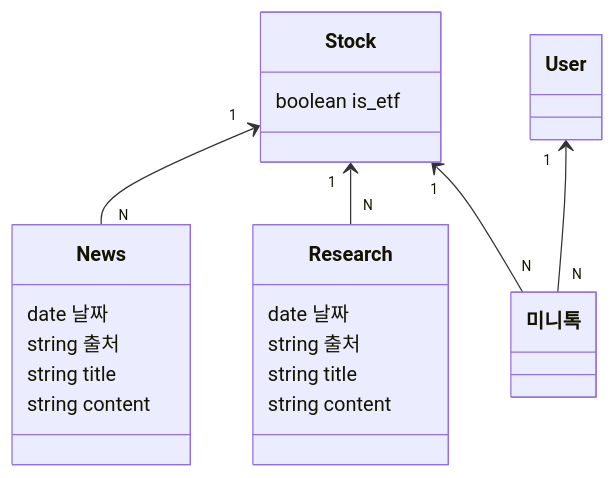
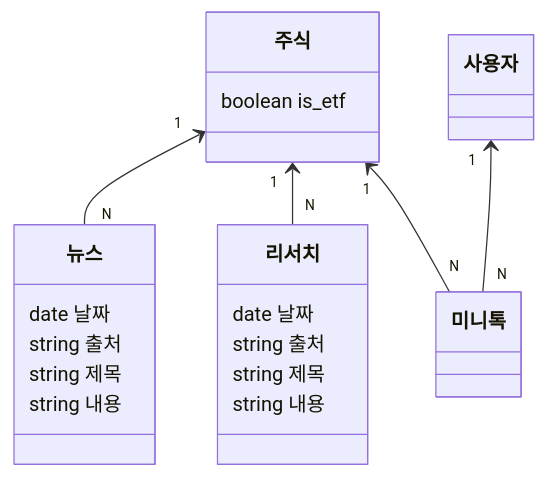
Before and after one commit to ony3000/my-stock: the third of 3 diagrams in backend/diagram.md, drawn with Mermaid. The commit also changed other lines of this file, not shown here.

````diff
--- a/backend/diagram.md
+++ b/backend/diagram.md
@@ -146,27 +146,27 @@
 ```mermaid
 classDiagram
-  class Stock {
+  class 주식 {
     boolean is_etf
   }
 
-  class News {
+  class 뉴스 {
     date 날짜
     string 출처
-    string title
-    string content
+    string 제목
+    string 내용
   }
-  Stock "1" <-- "N" News
+  주식 "1" <-- "N" 뉴스
 
-  class Research {
+  class 리서치 {
     date 날짜
     string 출처
-    string title
-    string content
+    string 제목
+    string 내용
   }
-  Stock "1" <-- "N" Research
+  주식 "1" <-- "N" 리서치
 
   class 미니톡 {
   }
-  User "1" <-- "N" 미니톡
-  Stock "1" <-- "N" 미니톡
+  사용자 "1" <-- "N" 미니톡
+  주식 "1" <-- "N" 미니톡
 ```
````
